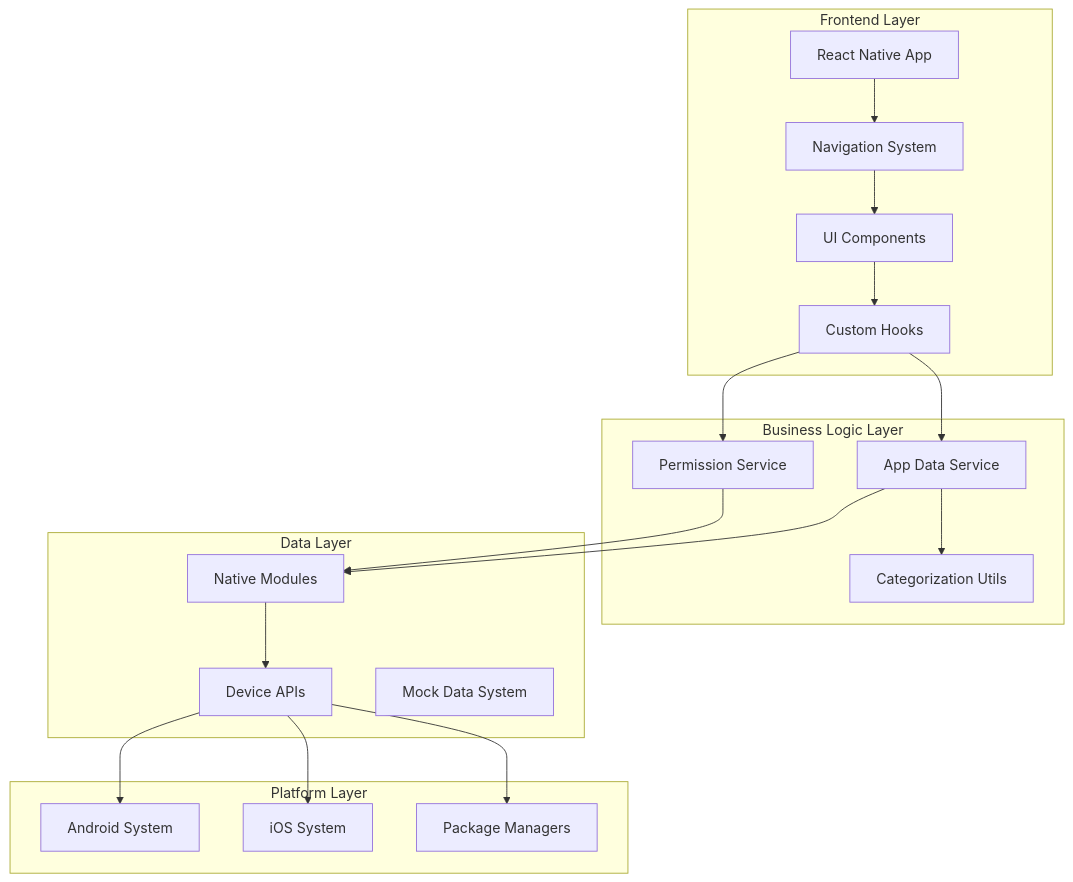
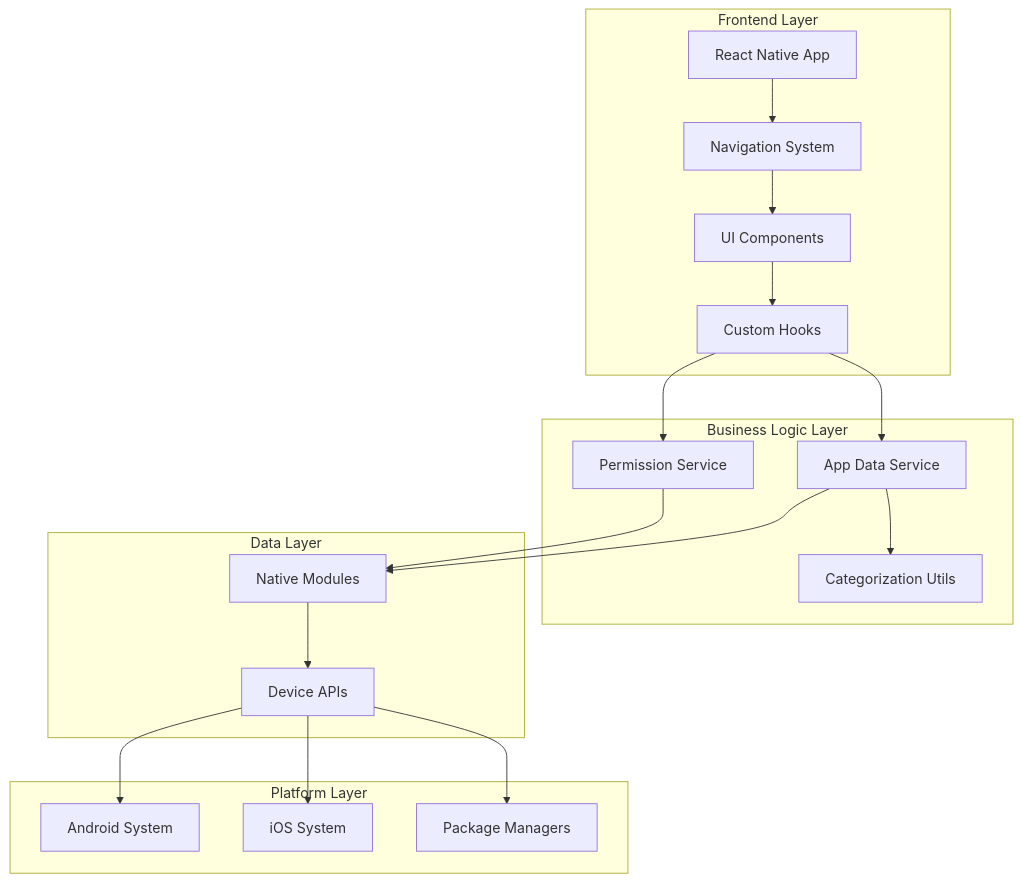
Before and after one commit to sweerasingha/Mobile-Monitor: the diagram in COMPLETE_DOCUMENTATION.md, drawn with Mermaid. The commit also changed other lines of this file and 6 other files, not shown here.

````diff
--- a/COMPLETE_DOCUMENTATION.md
+++ b/COMPLETE_DOCUMENTATION.md
@@ -36,40 +36,40 @@
 ```mermaid
 graph TB
     subgraph "Frontend Layer"
         A[React Native App]
         B[Navigation System]
         C[UI Components]
         D[Custom Hooks]
     end
     
     subgraph "Business Logic Layer"
         E[App Data Service]
         F[Permission Service]
         G[Categorization Utils]
     end
     
     subgraph "Data Layer"
         H[Native Modules]
         I[Device APIs]
-        J[Mock Data System]
+
     end
     
     subgraph "Platform Layer"
         K[Android System]
         L[iOS System]
         M[Package Managers]
     end
     
     A --> B
     B --> C
     C --> D
     D --> E
     D --> F
     E --> G
     E --> H
     F --> H
     H --> I
     I --> K
     I --> L
     I --> M
 ```
````
